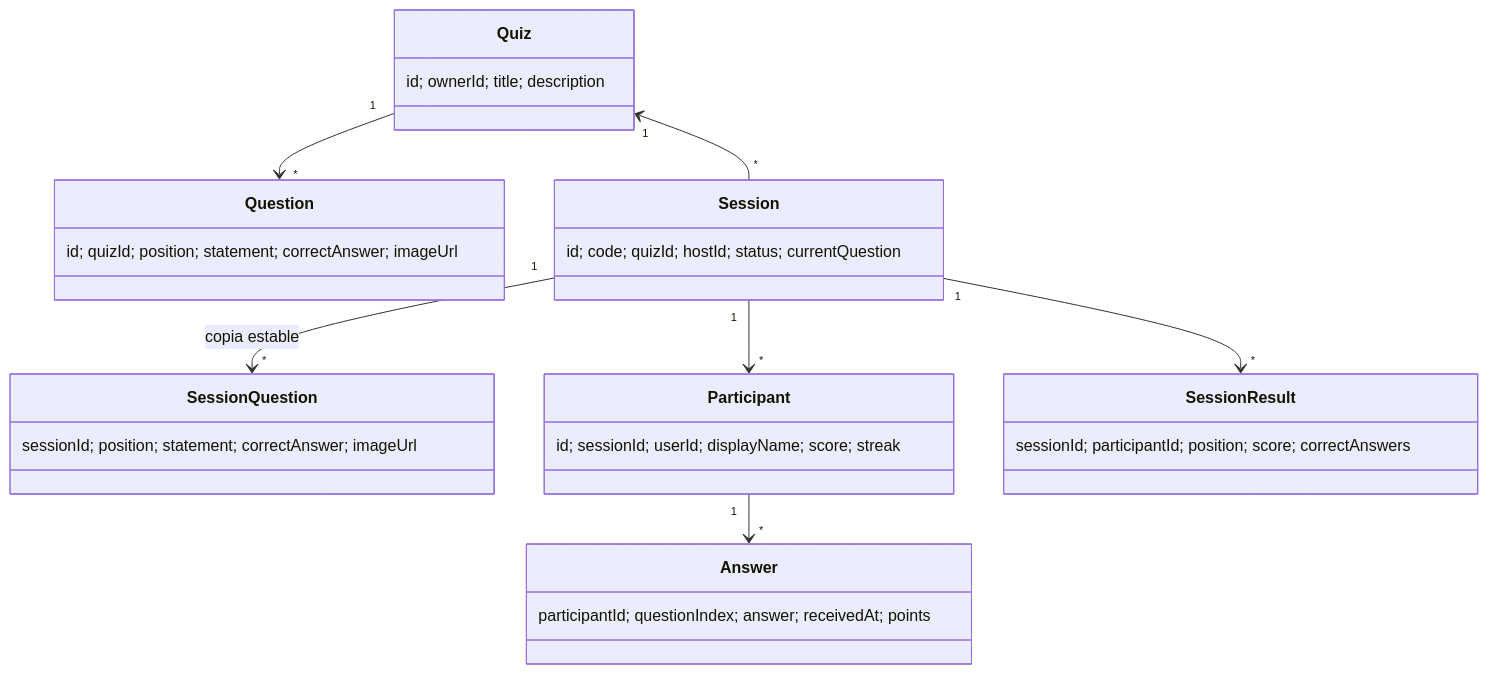
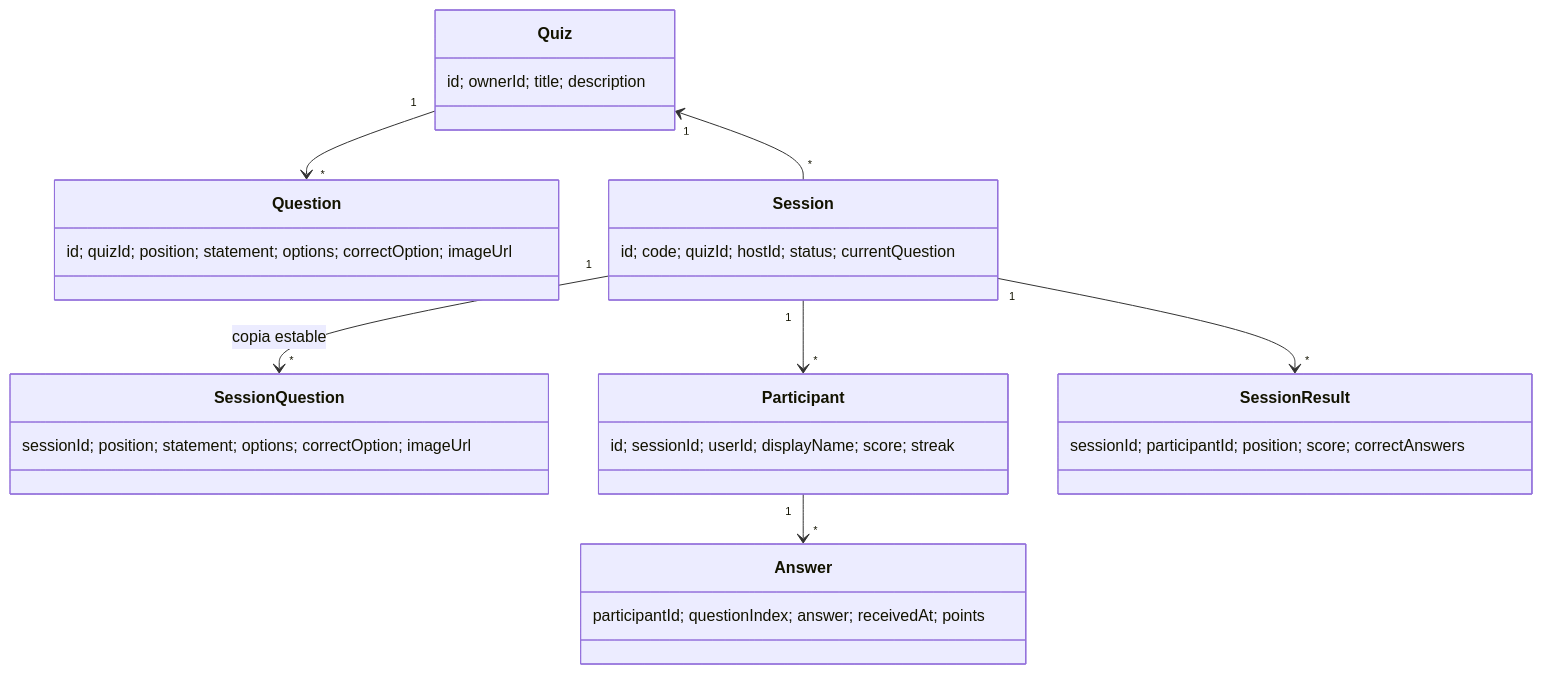
One commit to AaronSolano/ProyectoFinalParadigmas... changed the second of 2 diagrams in docs/especificacion.md. Above: the diagram before and after it, drawn with Mermaid. The commit also changed other lines of this file and 63 other files, not shown here.

````diff
--- a/docs/especificacion.md
+++ b/docs/especificacion.md
@@ -106,16 +106,16 @@
 ```mermaid
 classDiagram
   class Quiz { id; ownerId; title; description }
-  class Question { id; quizId; position; statement; correctAnswer; imageUrl }
+  class Question { id; quizId; position; statement; options; correctOption; imageUrl }
   class Session { id; code; quizId; hostId; status; currentQuestion }
-  class SessionQuestion { sessionId; position; statement; correctAnswer; imageUrl }
+  class SessionQuestion { sessionId; position; statement; options; correctOption; imageUrl }
   class Participant { id; sessionId; userId; displayName; score; streak }
   class Answer { participantId; questionIndex; answer; receivedAt; points }
   class SessionResult { sessionId; participantId; position; score; correctAnswers }
   Quiz "1" --> "*" Question
   Session "1" --> "*" SessionQuestion : copia estable
   Session "1" --> "*" Participant
   Participant "1" --> "*" Answer
   Session "1" --> "*" SessionResult
   Quiz "1" <-- "*" Session
 ```
````
